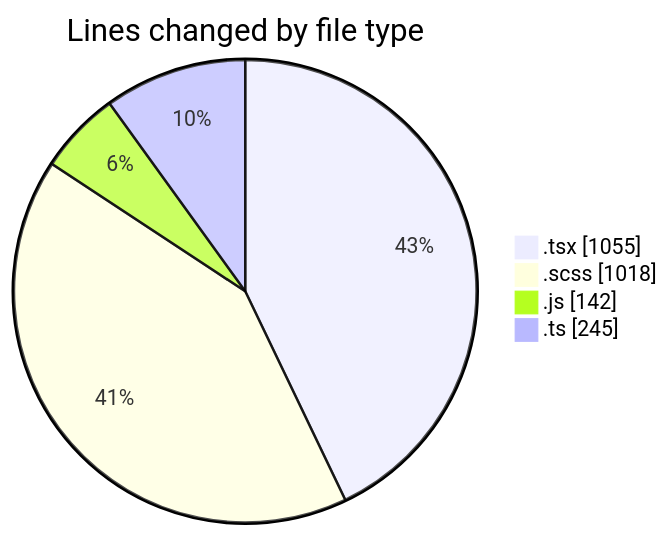
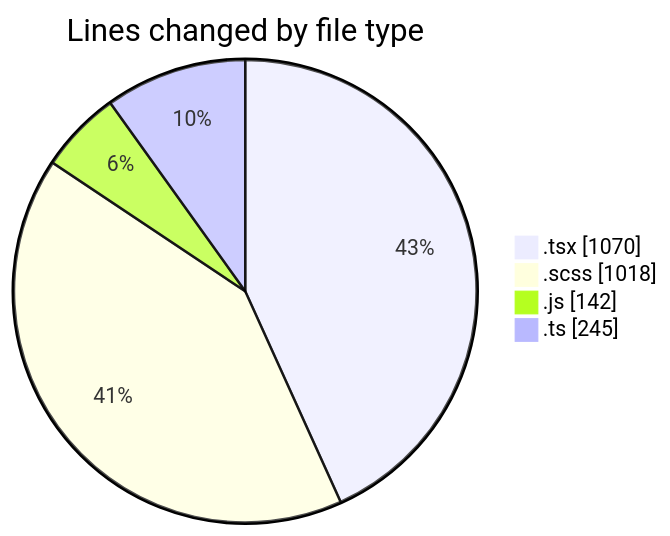
One commit to momahboobian/code-tracking changed the first of 2 diagrams in 2026-03-25/cda/README.md. Above: the diagram before and after it, drawn with Mermaid. The commit also changed other lines of this file and 1 other file, not shown here.

````diff
--- a/2026-03-25/cda/README.md
+++ b/2026-03-25/cda/README.md
@@ -23,8 +23,8 @@
 ```mermaid
 pie showData
 title Lines changed by file type
-".tsx" : 1055
+".tsx" : 1070
 ".scss" : 1018
 ".js" : 142
 ".ts" : 245
 ```
````
